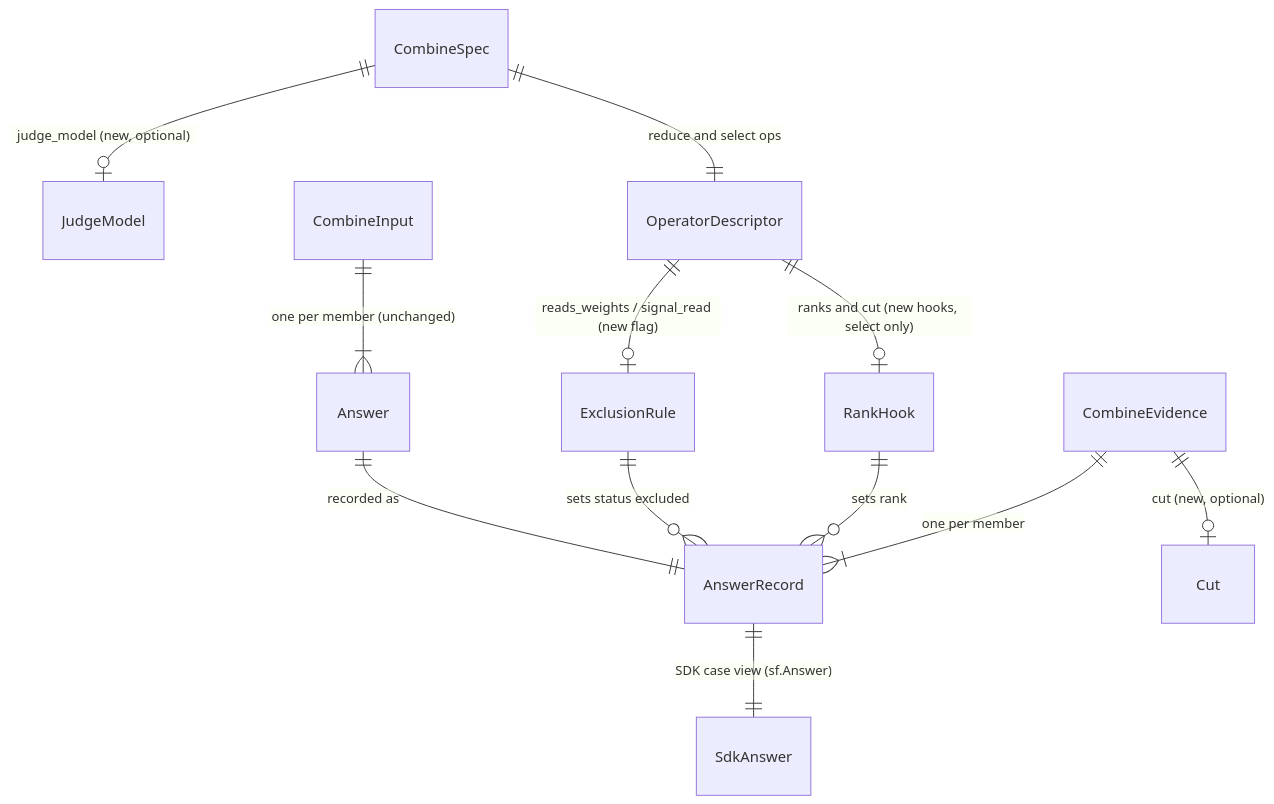
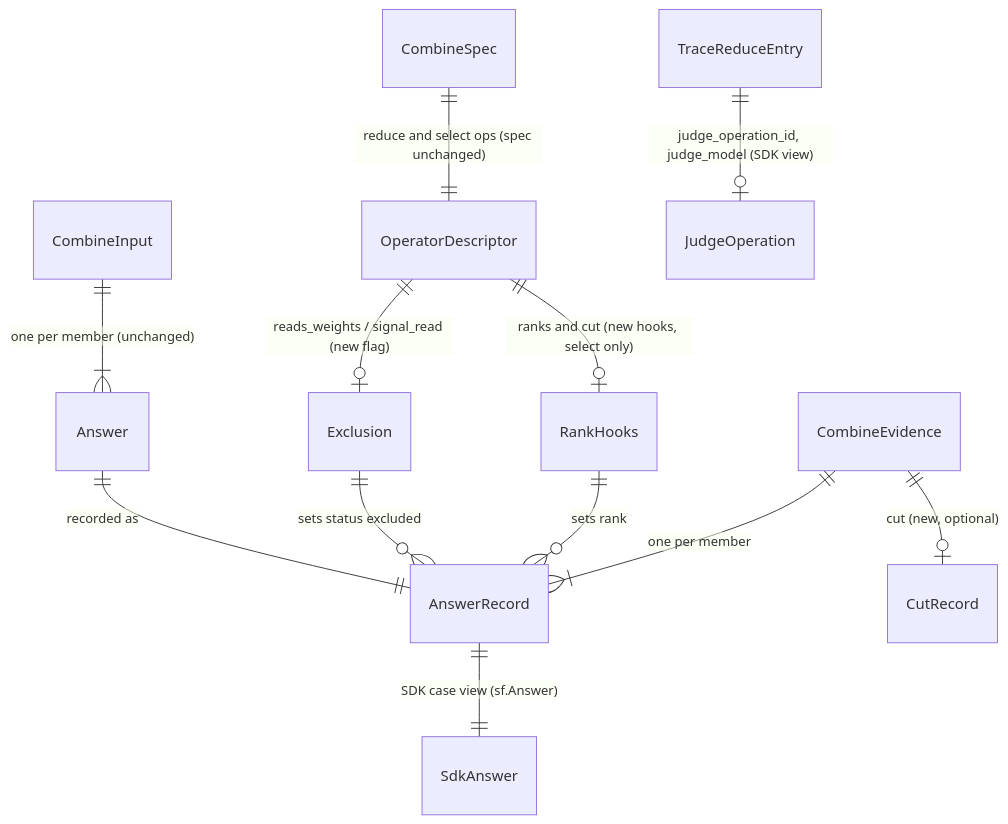
Before and after one commit to ScreamingFace/screamingface: the diagram in docs/spec/2026-10-15-e4b-evidence-completeness/erd.md, drawn with Mermaid. The commit also changed other lines of this file and 9 other files, not shown here.

First line of the commit message:
docs(e4b): part 2 spec fix round, judge id through the SDK view

````diff
--- a/docs/spec/2026-10-15-e4b-evidence-completeness/erd.md
+++ b/docs/spec/2026-10-15-e4b-evidence-completeness/erd.md
@@ -14,14 +16,14 @@
 ```mermaid
 erDiagram
-    CombineSpec ||--o| JudgeModel : "judge_model (new, optional)"
-    CombineSpec ||--|| OperatorDescriptor : "reduce and select ops"
-    OperatorDescriptor ||--o| ExclusionRule : "reads_weights / signal_read (new flag)"
-    OperatorDescriptor ||--o| RankHook : "ranks and cut (new hooks, select only)"
+    CombineSpec ||--|| OperatorDescriptor : "reduce and select ops (spec unchanged)"
+    OperatorDescriptor ||--o| Exclusion : "reads_weights / signal_read (new flag)"
+    OperatorDescriptor ||--o| RankHooks : "ranks and cut (new hooks, select only)"
     CombineInput ||--|{ Answer : "one per member (unchanged)"
     Answer ||--|| AnswerRecord : "recorded as"
-    ExclusionRule ||--o{ AnswerRecord : "sets status excluded"
-    RankHook ||--o{ AnswerRecord : "sets rank"
+    Exclusion ||--o{ AnswerRecord : "sets status excluded"
+    RankHooks ||--o{ AnswerRecord : "sets rank"
     CombineEvidence ||--|{ AnswerRecord : "one per member"
-    CombineEvidence ||--o| Cut : "cut (new, optional)"
+    CombineEvidence ||--o| CutRecord : "cut (new, optional)"
     AnswerRecord ||--|| SdkAnswer : "SDK case view (sf.Answer)"
+    TraceReduceEntry ||--o| JudgeOperation : "judge_operation_id, judge_model (SDK view)"
 ```
````
